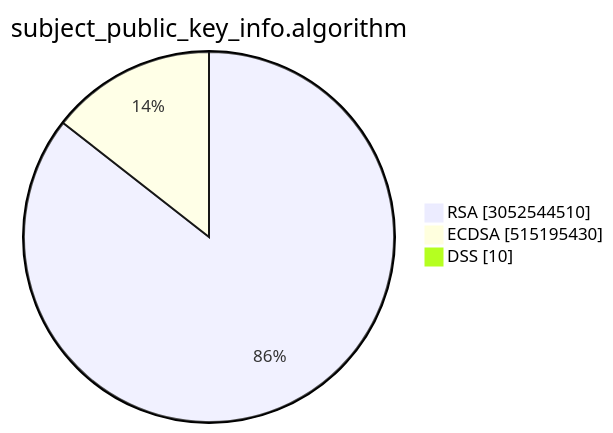
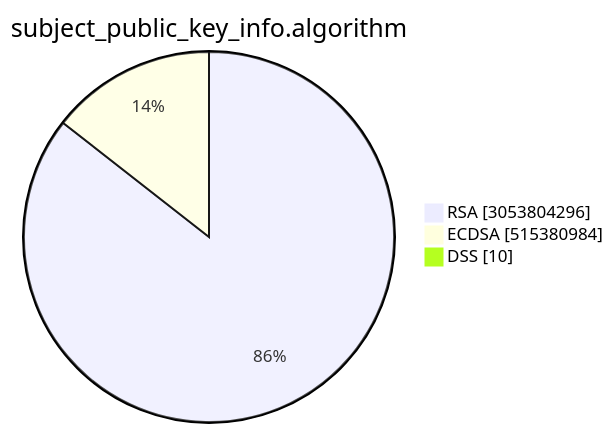
One commit to christiankrug/ctmonitor_visualization changed the second of 15 diagrams in TOTAL/README.md. Above: the diagram before and after it, drawn with Mermaid. The commit also changed other lines of this file, not shown here.

````diff
--- a/TOTAL/README.md
+++ b/TOTAL/README.md
@@ -6,7 +6,7 @@
 ```mermaid
 pie showData
 title subject_public_key_info.algorithm
-"RSA" :3052544510
-"ECDSA" :515195430
+"RSA" :3053804296
+"ECDSA" :515380984
 "DSS" :10
 ```
````
